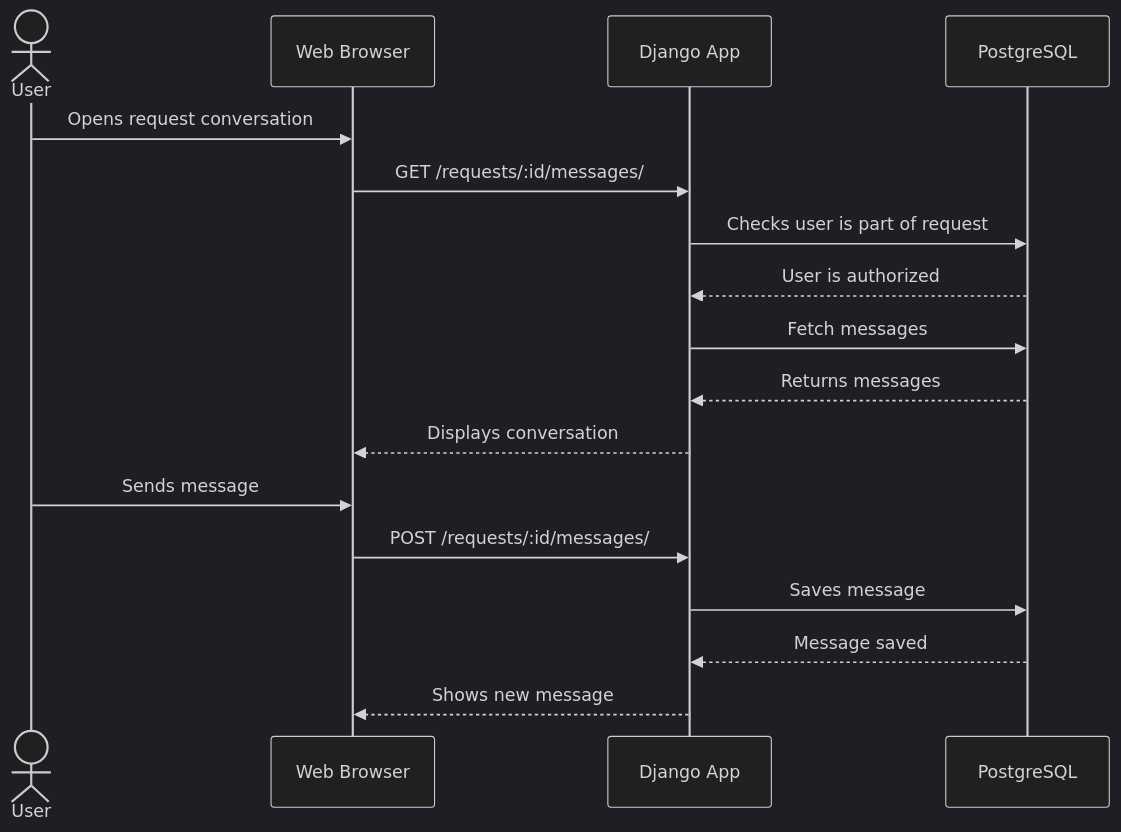
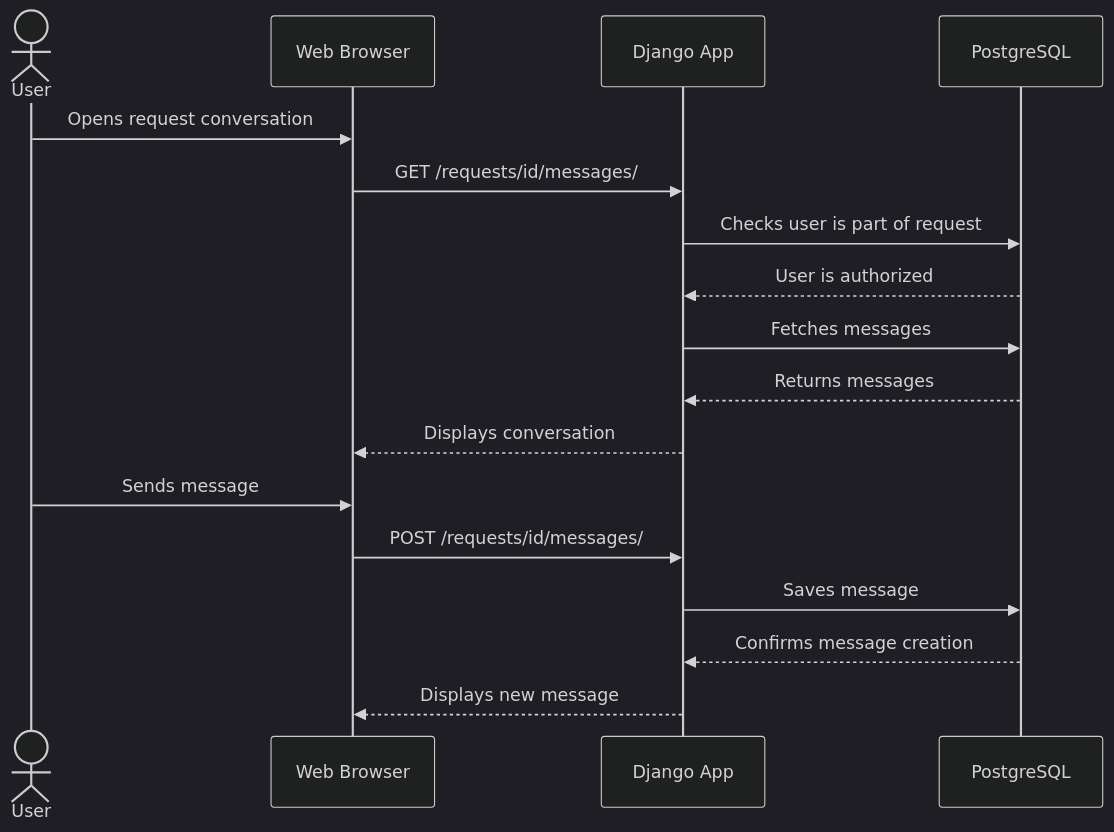
One commit to Handroc/Livract-project changed the eighth of 9 diagrams in README.md. Above: the diagram before and after it, drawn with Mermaid (dark theme). The commit also changed other lines of this file, not shown here.

````diff
--- a/README.md
+++ b/README.md
@@ -610,21 +410,19 @@
 ```mermaid
 sequenceDiagram
     actor User
     participant Browser as Web Browser
     participant Django as Django App
     participant DB as PostgreSQL
-
     User->>Browser: Opens request conversation
-    Browser->>Django: GET /requests/:id/messages/
+    Browser->>Django: GET /requests/id/messages/
     Django->>DB: Checks user is part of request
     DB-->>Django: User is authorized
-    Django->>DB: Fetch messages
+    Django->>DB: Fetches messages
     DB-->>Django: Returns messages
     Django-->>Browser: Displays conversation
-
     User->>Browser: Sends message
-    Browser->>Django: POST /requests/:id/messages/
+    Browser->>Django: POST /requests/id/messages/
     Django->>DB: Saves message
-    DB-->>Django: Message saved
-    Django-->>Browser: Shows new message
+    DB-->>Django: Confirms message creation
+    Django-->>Browser: Displays new message
 ```
````
